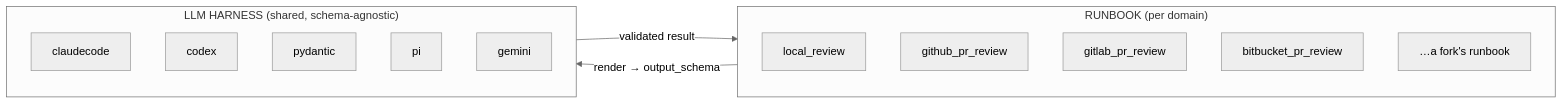
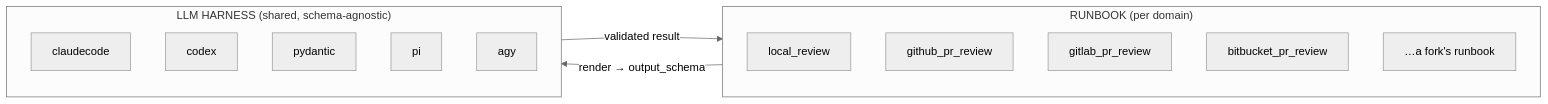
Before and after one commit to mishachepi/junior: the first of 2 diagrams in docs-site/src/content/docs/architecture.md, drawn with Mermaid (neutral theme). The commit also changed other lines of this file and 21 other files, not shown here.

First line of the commit message:
feat!: agy (Antigravity CLI) harness replaces gemini

````diff
--- a/docs-site/src/content/docs/architecture.md
+++ b/docs-site/src/content/docs/architecture.md
@@ -17,23 +17,23 @@
 ```mermaid
 flowchart LR
     subgraph A1["RUNBOOK (per domain)"]
         direction TB
         P1["local_review"]
         P2["github_pr_review"]
         P3["gitlab_pr_review"]
         P4["bitbucket_pr_review"]
         P5["…a fork's runbook"]
     end
 
     subgraph A2["LLM HARNESS (shared, schema-agnostic)"]
         direction TB
         E1["claudecode"]
         E2["codex"]
         E3["pydantic"]
         E5["pi"]
-        E6["gemini"]
+        E6["agy"]
     end
 
     A1 -->|"render → output_schema"| A2
     A2 -->|"validated result"| A1
 ```
````
